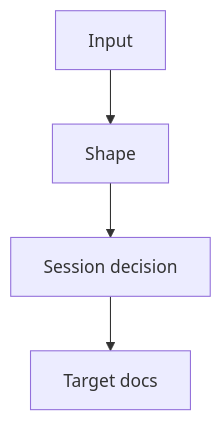
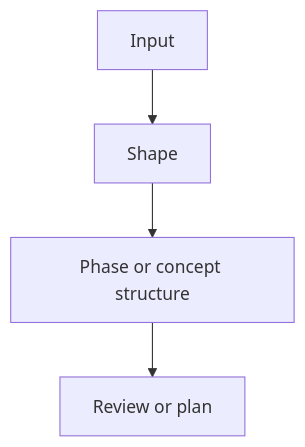
The diagram in .workflow/templates/shape.md (FlutteryEmbers/workflow), drawn with Mermaid before and after one commit. The commit also changed other lines of this file and 7 other files, not shown here.

````diff
--- a/.workflow/templates/shape.md
+++ b/.workflow/templates/shape.md
@@ -30,6 +61,6 @@
 ```mermaid
 flowchart TD
     input_node["Input"] --> shape_node["Shape"]
-    shape_node --> decision_node["Session decision"]
-    decision_node --> docs_node["Target docs"]
+    shape_node --> phase_node["Phase or concept structure"]
+    phase_node --> next_node["Review or plan"]
 ```
````
